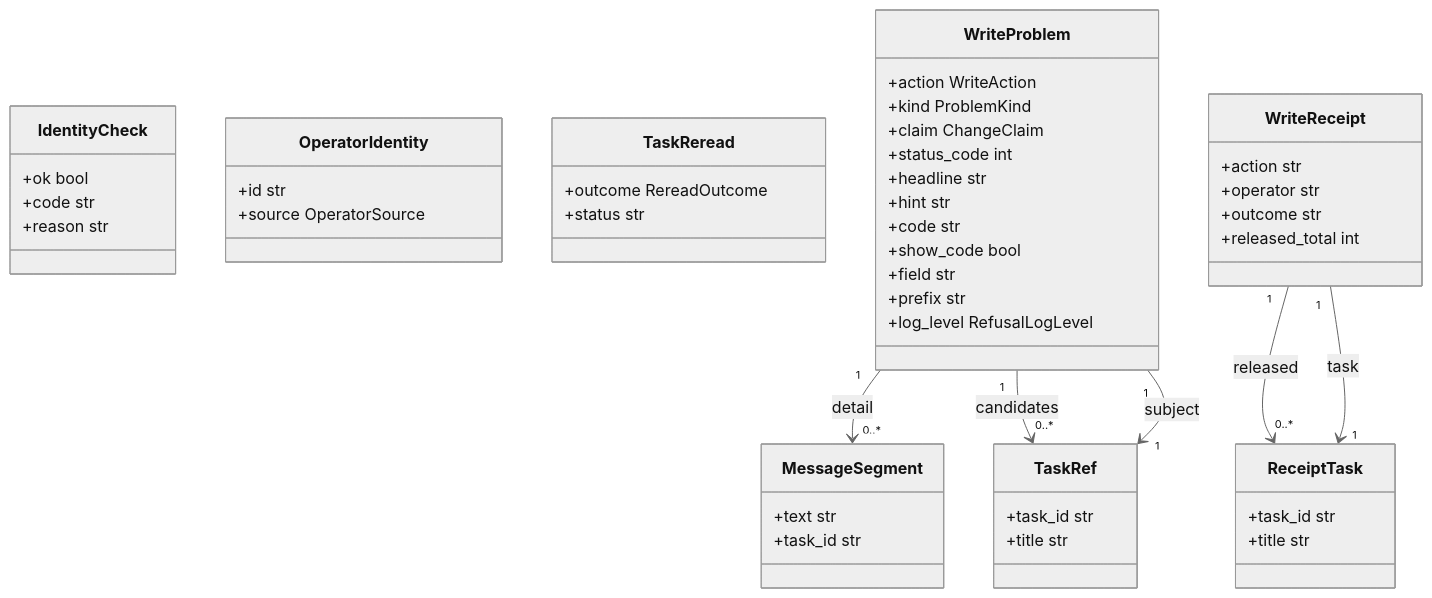
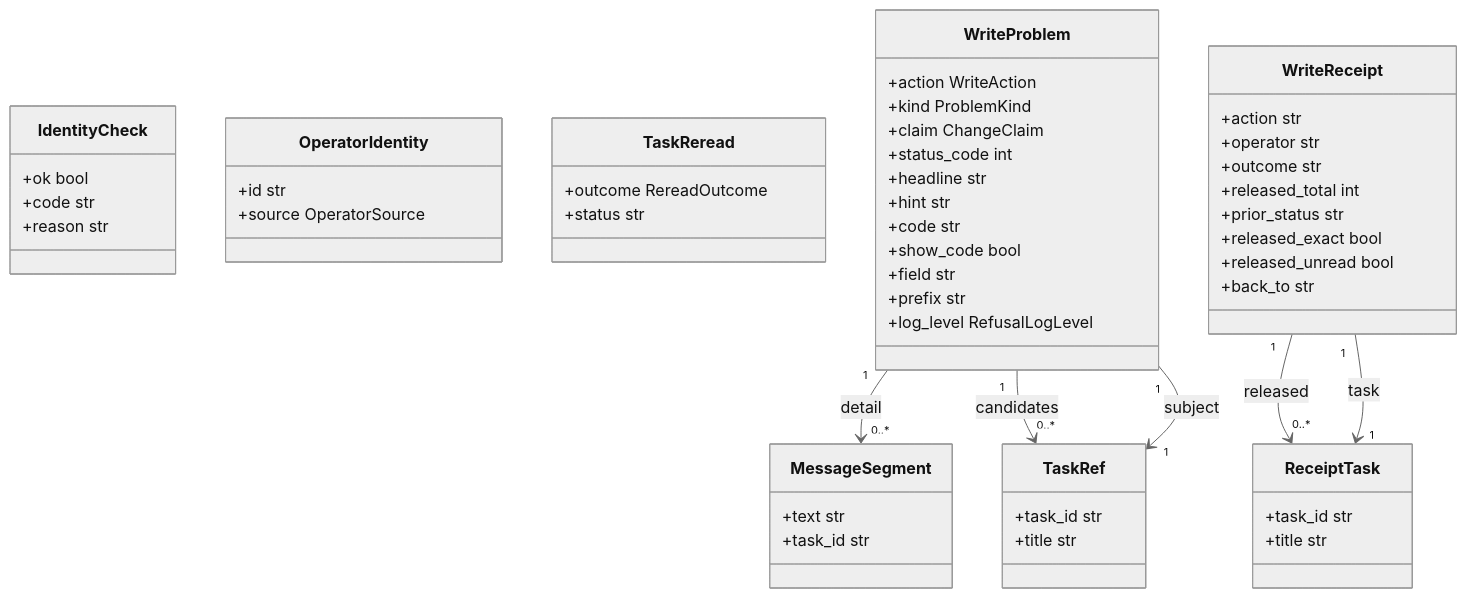
The eighth of 8 diagrams in docs/generated/domain_model.md (agent-lore/lithos-lens), drawn with Mermaid (neutral theme) before and after one commit. The commit also changed 14 other files, not shown here.

````diff
--- a/docs/generated/domain_model.md
+++ b/docs/generated/domain_model.md
@@ -736,52 +736,56 @@
 ```mermaid
 classDiagram
   class IdentityCheck {
     +ok bool
     +code str
     +reason str
   }
   class MessageSegment {
     +text str
     +task_id str
   }
   class OperatorIdentity {
     +id str
     +source OperatorSource
   }
   class ReceiptTask {
     +task_id str
     +title str
   }
   class TaskRef {
     +task_id str
     +title str
   }
   class TaskReread {
     +outcome RereadOutcome
     +status str
   }
   class WriteProblem {
     +action WriteAction
     +kind ProblemKind
     +claim ChangeClaim
     +status_code int
     +headline str
     +hint str
     +code str
     +show_code bool
     +field str
     +prefix str
     +log_level RefusalLogLevel
   }
   class WriteReceipt {
     +action str
     +operator str
     +outcome str
     +released_total int
+    +prior_status str
+    +released_exact bool
+    +released_unread bool
+    +back_to str
   }
   WriteProblem "1" --> "0..*" MessageSegment : detail
   WriteProblem "1" --> "0..*" TaskRef : candidates
   WriteProblem "1" --> "1" TaskRef : subject
   WriteReceipt "1" --> "0..*" ReceiptTask : released
   WriteReceipt "1" --> "1" ReceiptTask : task
 ```
````
